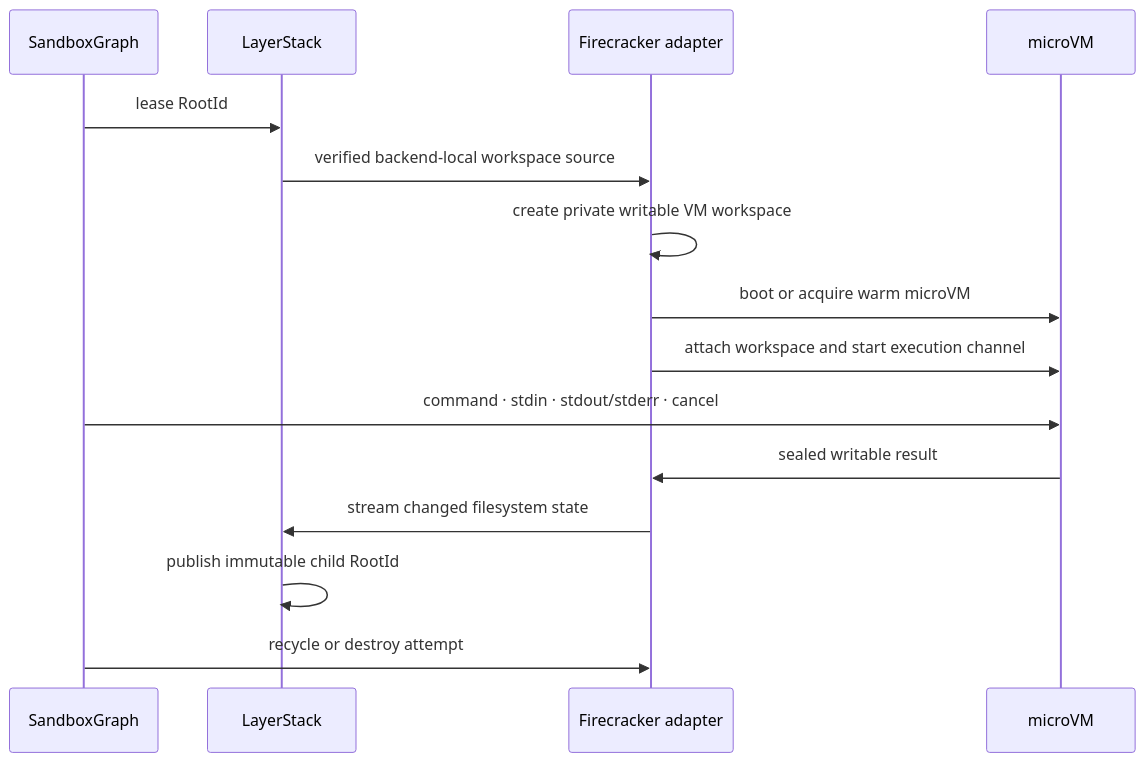
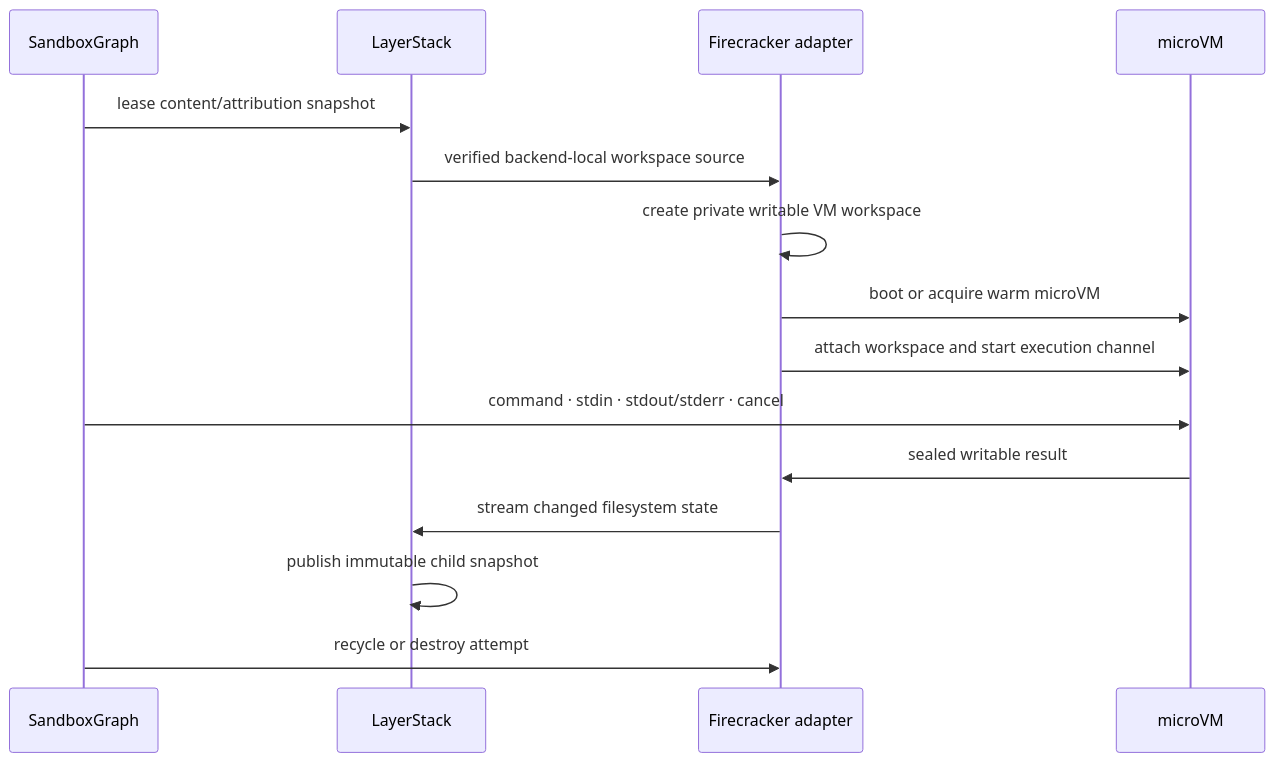
Before and after one commit to Ephemeral-AI-Lab/ephemeral-sandbox-docs: the second of 3 diagrams in implementation-plan/2.0 migration/phase 3/index.md, drawn with Mermaid. The commit also changed other lines of this file and 17 other files, not shown here.

````diff
--- a/implementation-plan/2.0 migration/phase 3/index.md
+++ b/implementation-plan/2.0 migration/phase 3/index.md
@@ -116,18 +118,18 @@
 ```mermaid
 sequenceDiagram
     participant G as SandboxGraph
     participant L as LayerStack
     participant F as Firecracker adapter
     participant V as microVM
 
-    G->>L: lease RootId
+    G->>L: lease content/attribution snapshot
     L->>F: verified backend-local workspace source
     F->>F: create private writable VM workspace
     F->>V: boot or acquire warm microVM
     F->>V: attach workspace and start execution channel
     G->>V: command · stdin · stdout/stderr · cancel
     V->>F: sealed writable result
     F->>L: stream changed filesystem state
-    L->>L: publish immutable child RootId
+    L->>L: publish immutable child snapshot
     G->>F: recycle or destroy attempt
 ```
````
